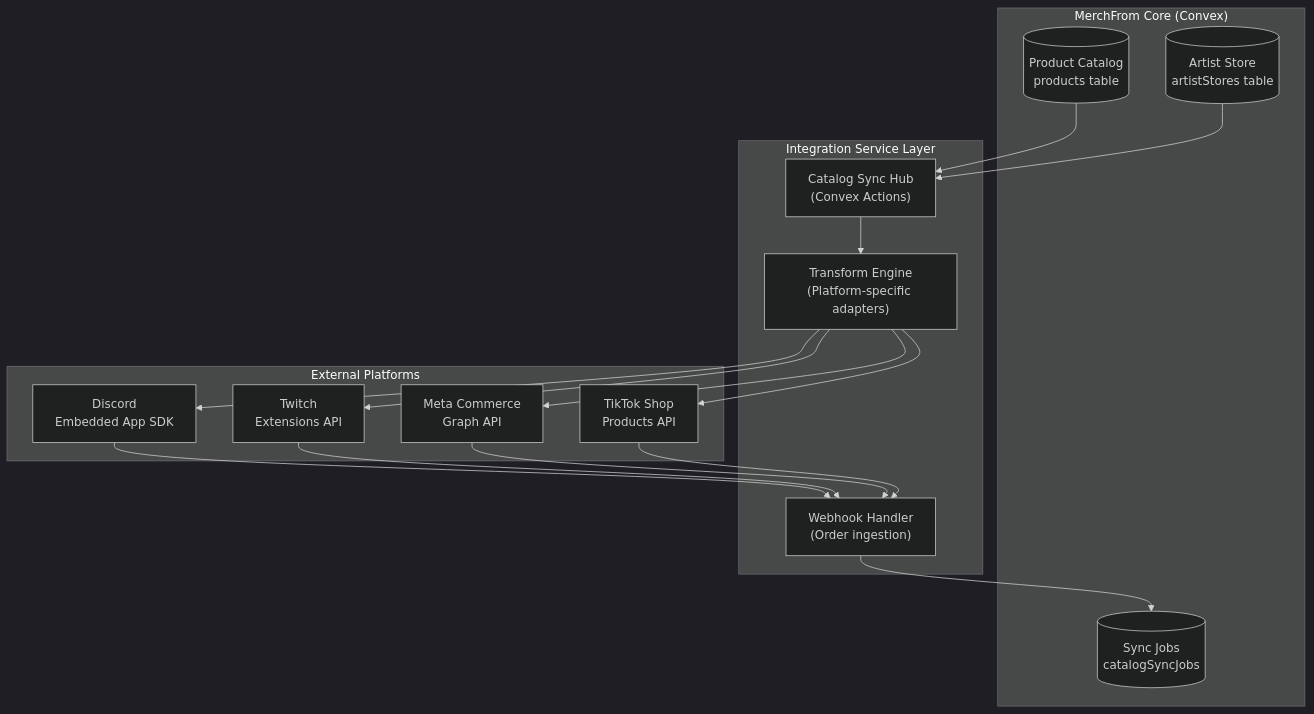
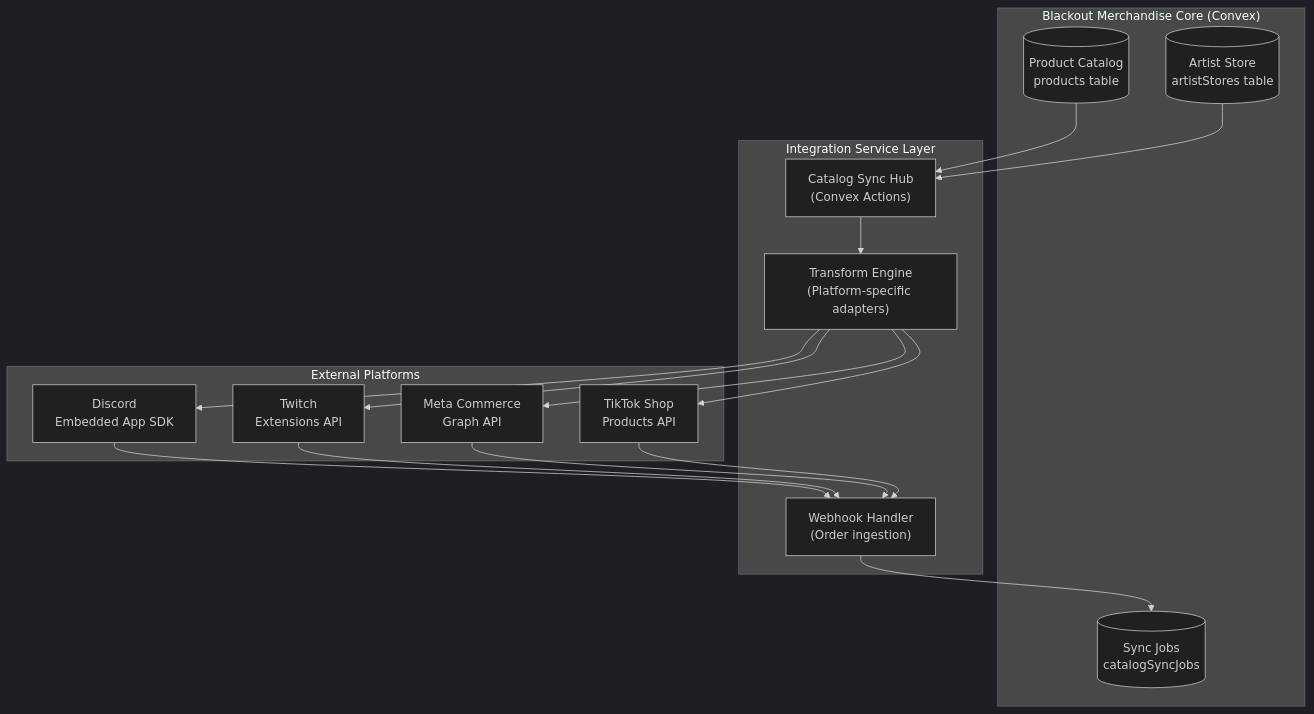
Before and after one commit to vbendas/Blackout-Merchandise: the first of 3 diagrams in Documentation/99-Archive/Evaluations/SOCIAL_COMMERCE_HUB.md, drawn with Mermaid (dark theme). The commit also changed other lines of this file and 352 other files, not shown here.

First line of the commit message:
chore: rename MerchFrom to Blackout Merchandise

````diff
--- a/Documentation/99-Archive/Evaluations/SOCIAL_COMMERCE_HUB.md
+++ b/Documentation/99-Archive/Evaluations/SOCIAL_COMMERCE_HUB.md
@@ -30,35 +30,35 @@
 ```mermaid
 graph TD
-    subgraph MerchFrom_Core["MerchFrom Core (Convex)"]
+    subgraph BlackoutMerch_Core["Blackout Merchandise Core (Convex)"]
         CATALOG[("Product Catalog<br/>products table")]
         STORE[("Artist Store<br/>artistStores table")]
         SYNC[("Sync Jobs<br/>catalogSyncJobs")]
     end
     
     subgraph Integration_Layer["Integration Service Layer"]
         HUB["Catalog Sync Hub<br/>(Convex Actions)"]
         TRANSFORM["Transform Engine<br/>(Platform-specific adapters)"]
         WEBHOOK["Webhook Handler<br/>(Order ingestion)"]
     end
     
     subgraph External_Platforms["External Platforms"]
         DISCORD["Discord<br/>Embedded App SDK"]
         TWITCH["Twitch<br/>Extensions API"]
         META["Meta Commerce<br/>Graph API"]
         TIKTOK["TikTok Shop<br/>Products API"]
     end
     
     CATALOG --> HUB
     STORE --> HUB
     HUB --> TRANSFORM
     TRANSFORM --> DISCORD
     TRANSFORM --> TWITCH
     TRANSFORM --> META
     TRANSFORM --> TIKTOK
     
     DISCORD --> WEBHOOK
     TWITCH --> WEBHOOK
     META --> WEBHOOK
     TIKTOK --> WEBHOOK
     WEBHOOK --> SYNC
 ```
````
